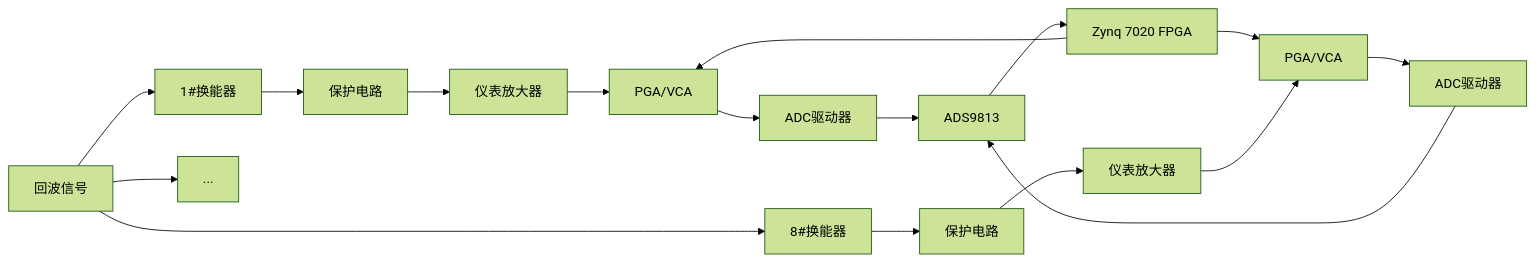
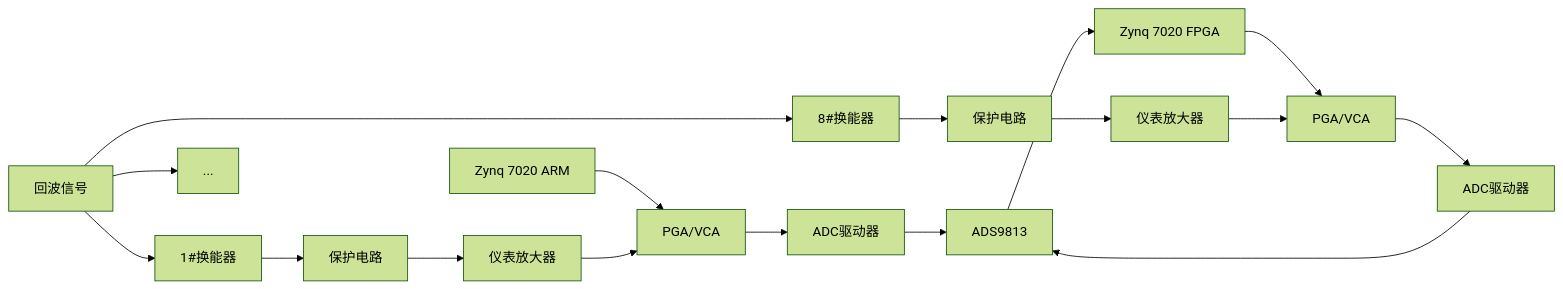
One commit to Rukawa15/iodraw-files changed the diagram in all/同步采集.md. Above: the diagram before and after it, drawn with Mermaid (forest theme).

Commit message:
2025-06-19 14:39:29 update

````diff
--- a/all/同步采集.md
+++ b/all/同步采集.md
@@ -1,27 +1,27 @@
 ```mermaid
 graph LR
 A[回波信号]
 A --> B1[1#换能器]
 A --> ...
 A --> B8[8#换能器]
 
 B1 --> C1[保护电路]
 B8 --> C8[保护电路]
 
 C1 --> D1[仪表放大器]
 C8 --> D8[仪表放大器]
-H[Zynq 7020 ARM] --> E1
+I[Zynq 7020 ARM] --> E1
 H[Zynq 7020 ARM] --> E8
 D1 --> E1[PGA/VCA]
 D8 --> E8[PGA/VCA]
 
 E1 --> F1[ADC驱动器]
 E8 --> F8[ADC驱动器]
 
 F1 --> G[ADS9813]
 F8 --> G[ADS9813]
 
 G --> H[Zynq 7020 FPGA]
 
 
 ```
````
